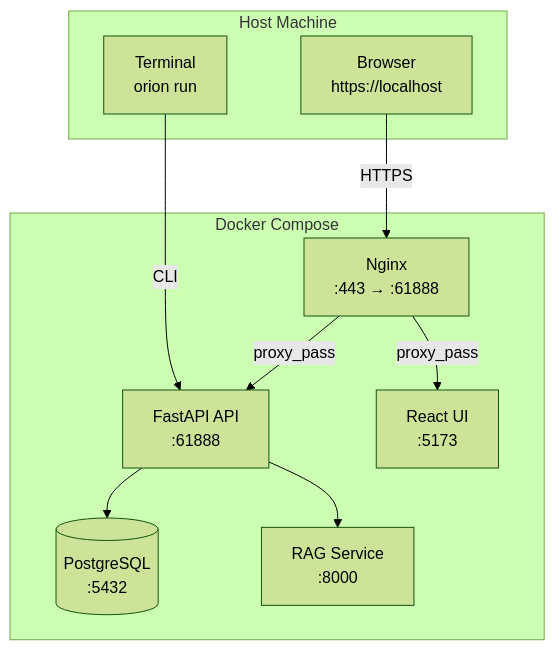
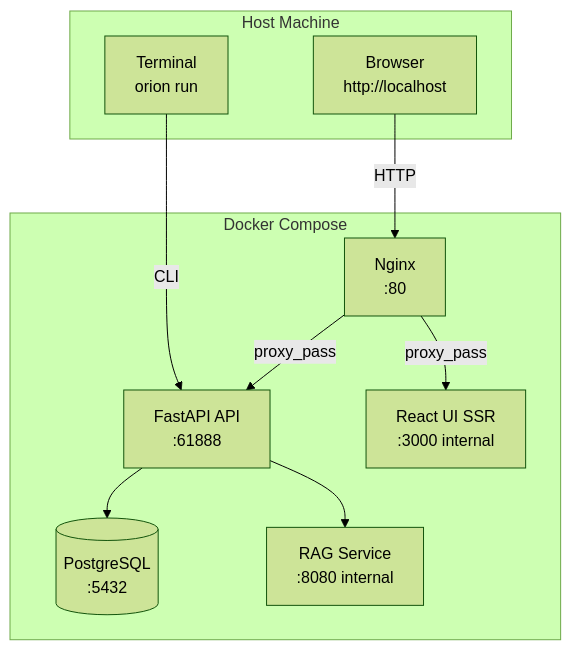
The fourth of 5 diagrams in docs/architecture/diagrams.md (phamhuubinh/infrastructure-agent), drawn with Mermaid (forest theme) before and after one commit. The commit also changed other lines of this file and 147 other files, not shown here.

````diff
--- a/docs/architecture/diagrams.md
+++ b/docs/architecture/diagrams.md
@@ -166,22 +163,22 @@
 ```mermaid
 graph TB
     subgraph "Host Machine"
-        Browser[Browser<br/>https://localhost]
+        Browser[Browser<br/>http://localhost]
         Terminal[Terminal<br/>orion run]
     end
 
     subgraph "Docker Compose"
-        Nginx[Nginx<br/>:443 → :61888]
+        Nginx[Nginx<br/>:80]
         API2[FastAPI API<br/>:61888]
-        UI2[React UI<br/>:5173]
+        UI2[React UI SSR<br/>:3000 internal]
         DB2[(PostgreSQL<br/>:5432)]
-        RAG3[RAG Service<br/>:8000]
+        RAG3[RAG Service<br/>:8080 internal]
     end
 
-    Browser -->|HTTPS| Nginx
+    Browser -->|HTTP| Nginx
     Nginx -->|proxy_pass| API2
     Nginx -->|proxy_pass| UI2
     Terminal -->|CLI| API2
     API2 --> DB2
     API2 --> RAG3
 ```
````
